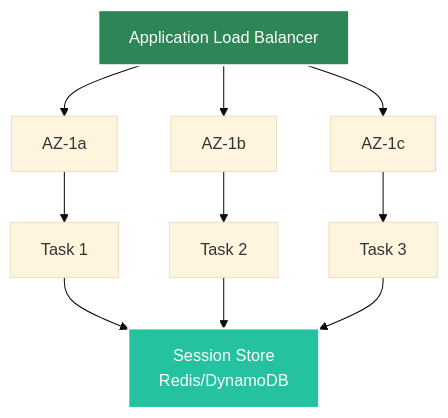
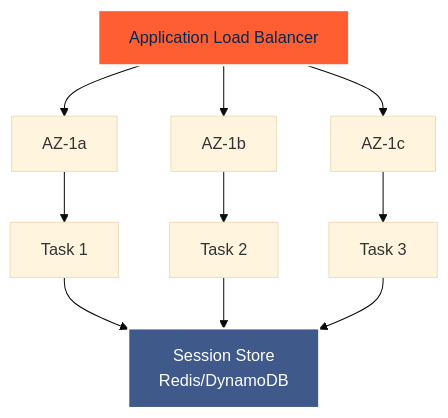
One commit to yaalalabs/agent-kernel changed the fifth of 5 diagrams in docs/docs/deployment/aws-containerized.md. Above: the diagram before and after it, drawn with Mermaid (base theme). The commit also changed other lines of this file and 444 other files, not shown here.

````diff
--- a/docs/docs/deployment/aws-containerized.md
+++ b/docs/docs/deployment/aws-containerized.md
@@ -477,17 +477,17 @@
 ```mermaid
 graph TB
     A[Application Load Balancer] --> B[AZ-1a]
     A --> C[AZ-1b]
     A --> D[AZ-1c]
     
     B --> E[Task 1]
     C --> F[Task 2]
     D --> G[Task 3]
     
     E --> H[Session Store<br/>Redis/DynamoDB]
     F --> H
     G --> H
     
-    style A fill:#2e8555,stroke:#fff,stroke-width:2px,color:#fff
-    style H fill:#25c2a0,stroke:#fff,stroke-width:2px,color:#fff
+    style A fill:#FF5E32,stroke:#fff,stroke-width:2px,color:#02284F
+    style H fill:#3F598A,stroke:#fff,stroke-width:2px,color:#fff
 ```
````
